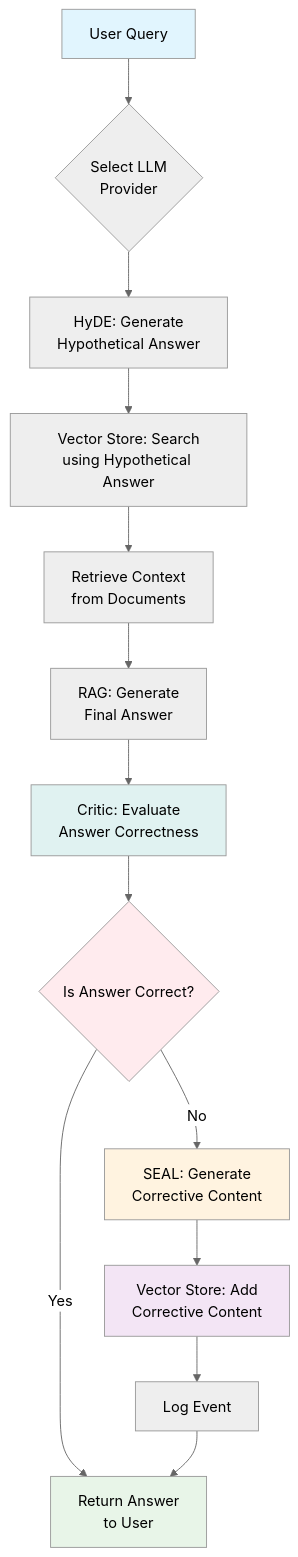
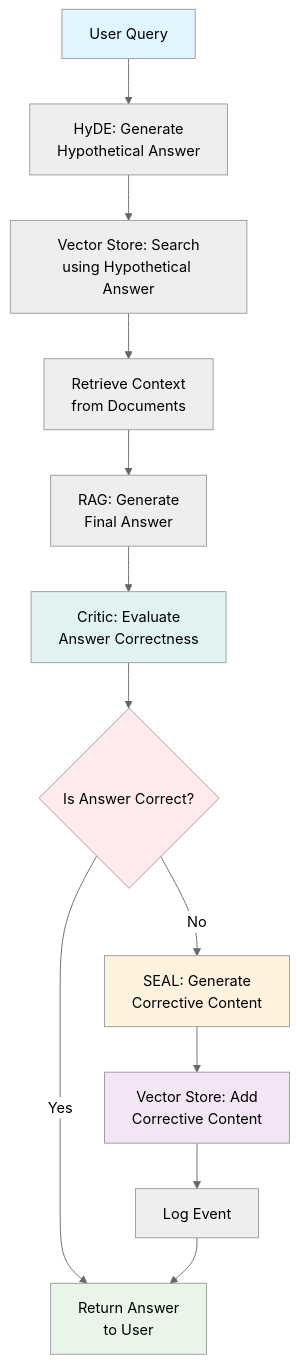
One commit to ayushsyntax/Reasona changed the first of 2 diagrams in README.md. Above: the diagram before and after it, drawn with Mermaid (neutral theme). The commit also changed other lines of this file and 1 other file, not shown here.

Commit message:
readem updated

````diff
--- a/README.md
+++ b/README.md
@@ -67,22 +64,21 @@
 ```mermaid
 graph TD
-    A[User Query] --> B{Select LLM<br/>Provider}
-    B --> C[HyDE: Generate<br/>Hypothetical Answer]
-    C --> D[Vector Store: Search<br/>using Hypothetical Answer]
-    D --> E[Retrieve Context<br/>from Documents]
-    E --> F[RAG: Generate<br/>Final Answer]
-    F --> G[Critic: Evaluate<br/>Answer Correctness]
-    G --> H{Is Answer Correct?}
-    H -->|Yes| I[Return Answer<br/>to User]
-    H -->|No| J[SEAL: Generate<br/>Corrective Content]
-    J --> K[Vector Store: Add<br/>Corrective Content]
-    K --> L[Log Event]
-    L --> I
+    A[User Query] --> B[HyDE: Generate<br/>Hypothetical Answer]
+    B --> C[Vector Store: Search<br/>using Hypothetical Answer]
+    C --> D[Retrieve Context<br/>from Documents]
+    D --> E[RAG: Generate<br/>Final Answer]
+    E --> F[Critic: Evaluate<br/>Answer Correctness]
+    F --> G{Is Answer Correct?}
+    G -->|Yes| H[Return Answer<br/>to User]
+    G -->|No| I[SEAL: Generate<br/>Corrective Content]
+    I --> J[Vector Store: Add<br/>Corrective Content]
+    J --> K[Log Event]
+    K --> H
 
     style A fill:#e1f5fe
-    style I fill:#e8f5e8
-    style J fill:#fff3e0
-    style K fill:#f3e5f5
-    style H fill:#ffebee
-    style G fill:#e0f2f1
+    style H fill:#e8f5e8
+    style I fill:#fff3e0
+    style J fill:#f3e5f5
+    style G fill:#ffebee
+    style F fill:#e0f2f1
 ```
````
